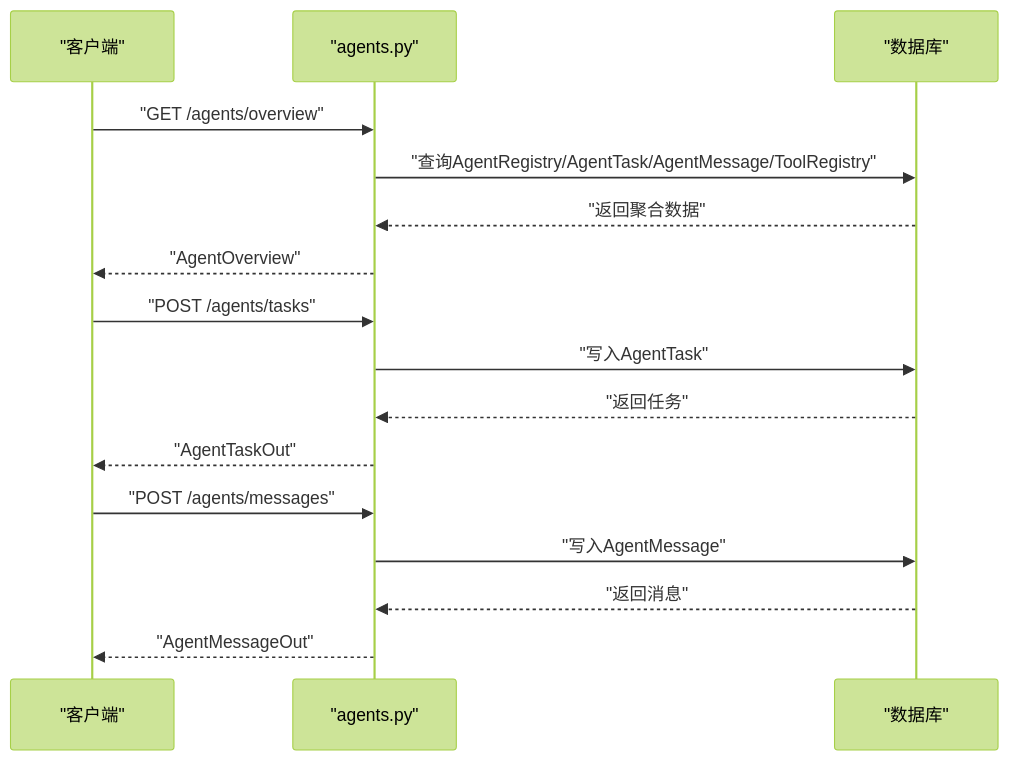
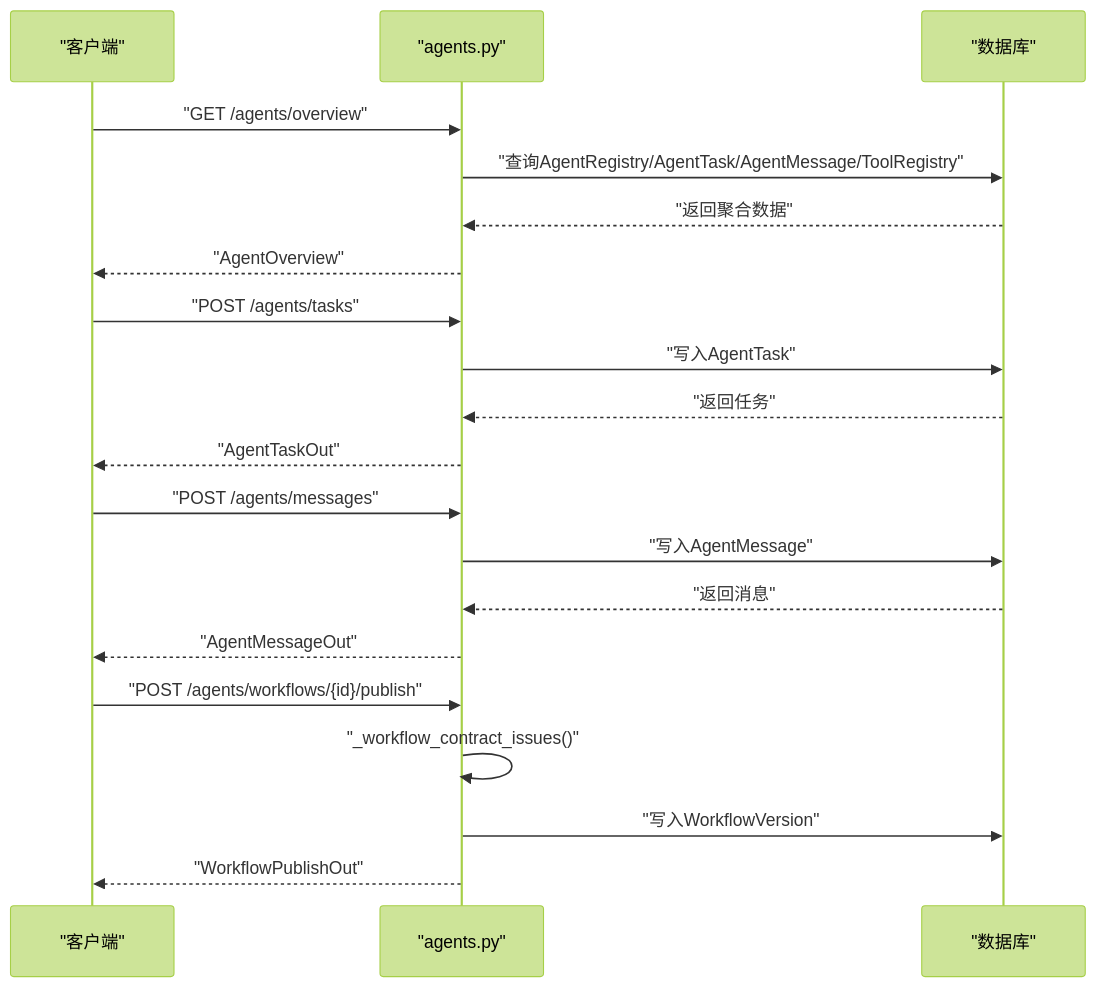
One commit to javelin-dot/llmine-quant changed the seventh of 10 diagrams in .qoder/repowiki/zh/content/后端开发指南/服务层开发/策略生成服务/AI Agent协调机制.md. Above: the diagram before and after it, drawn with Mermaid (forest theme). The commit also changed other lines of this file and 19 other files, not shown here.

````diff
--- a/.qoder/repowiki/zh/content/后端开发指南/服务层开发/策略生成服务/AI Agent协调机制.md
+++ b/.qoder/repowiki/zh/content/后端开发指南/服务层开发/策略生成服务/AI Agent协调机制.md
@@ -281,18 +387,22 @@
 ```mermaid
 sequenceDiagram
 participant Client as "客户端"
 participant API as "agents.py"
 participant DB as "数据库"
 Client->>API : "GET /agents/overview"
 API->>DB : "查询AgentRegistry/AgentTask/AgentMessage/ToolRegistry"
 DB-->>API : "返回聚合数据"
 API-->>Client : "AgentOverview"
 Client->>API : "POST /agents/tasks"
 API->>DB : "写入AgentTask"
 DB-->>API : "返回任务"
 API-->>Client : "AgentTaskOut"
 Client->>API : "POST /agents/messages"
 API->>DB : "写入AgentMessage"
 DB-->>API : "返回消息"
 API-->>Client : "AgentMessageOut"
+Client->>API : "POST /agents/workflows/{id}/publish"
+API->>API : "_workflow_contract_issues()"
+API->>DB : "写入WorkflowVersion"
+API-->>Client : "WorkflowPublishOut"
 ```
````
